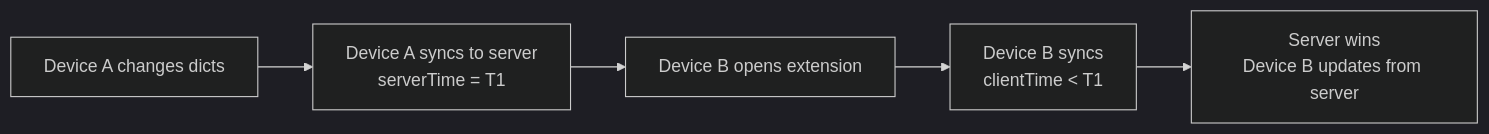
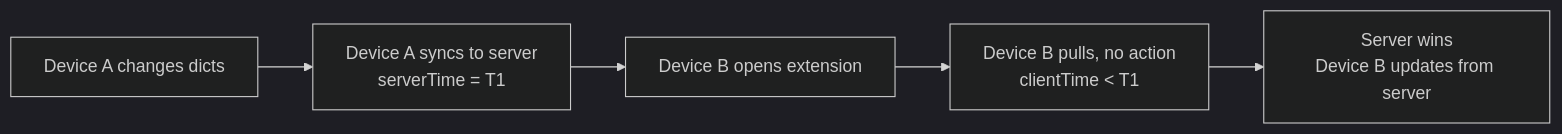
Before and after one commit to pnlpal/dictionariez: the third of 7 diagrams in docs/dict-sync-flow.md, drawn with Mermaid (dark theme). The commit also changed other lines of this file and 6 other files, not shown here.

Commit message:
refine sync dicts flow, so always check conflicts for the first time sync

````diff
--- a/docs/dict-sync-flow.md
+++ b/docs/dict-sync-flow.md
@@ -69,7 +73,7 @@
 ```mermaid
 flowchart LR
     E2A[Device A changes dicts] --> E2B[Device A syncs to server<br/>serverTime = T1]
     E2B --> E2C[Device B opens extension]
-    E2C --> E2D[Device B syncs<br/>clientTime < T1]
+    E2C --> E2D[Device B pulls, no action<br/>clientTime < T1]
     E2D --> E2E[Server wins<br/>Device B updates from server]
 ```
````
